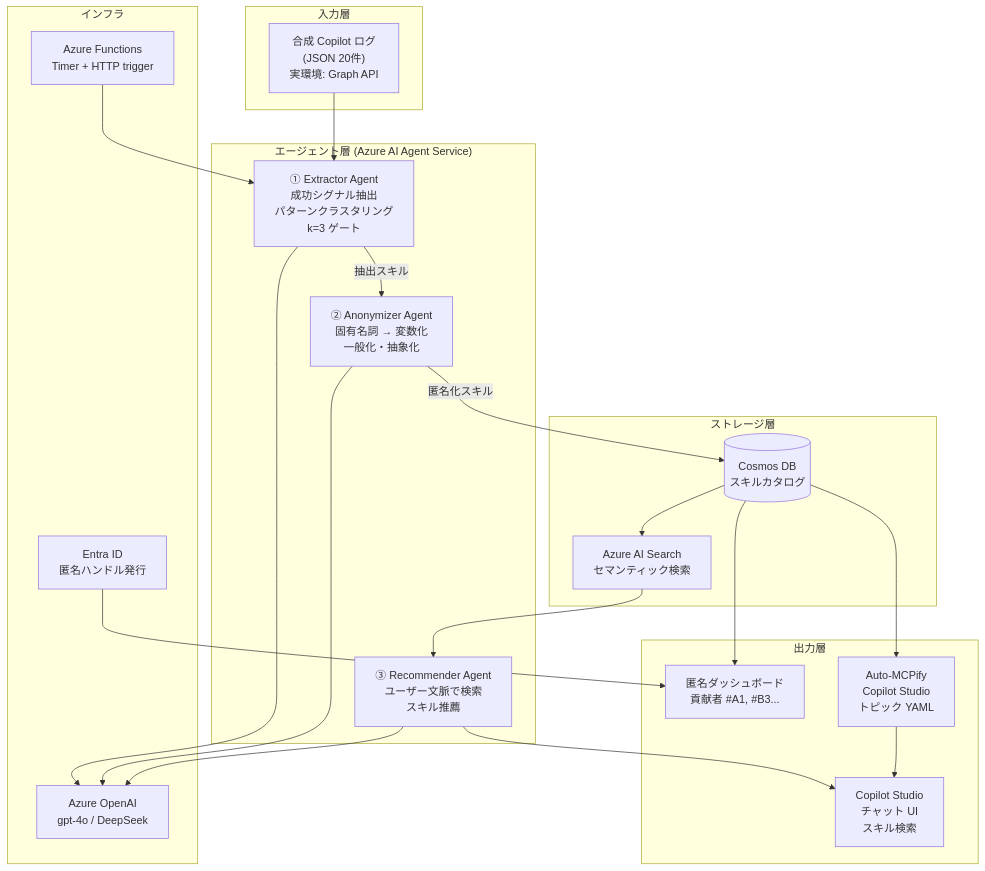
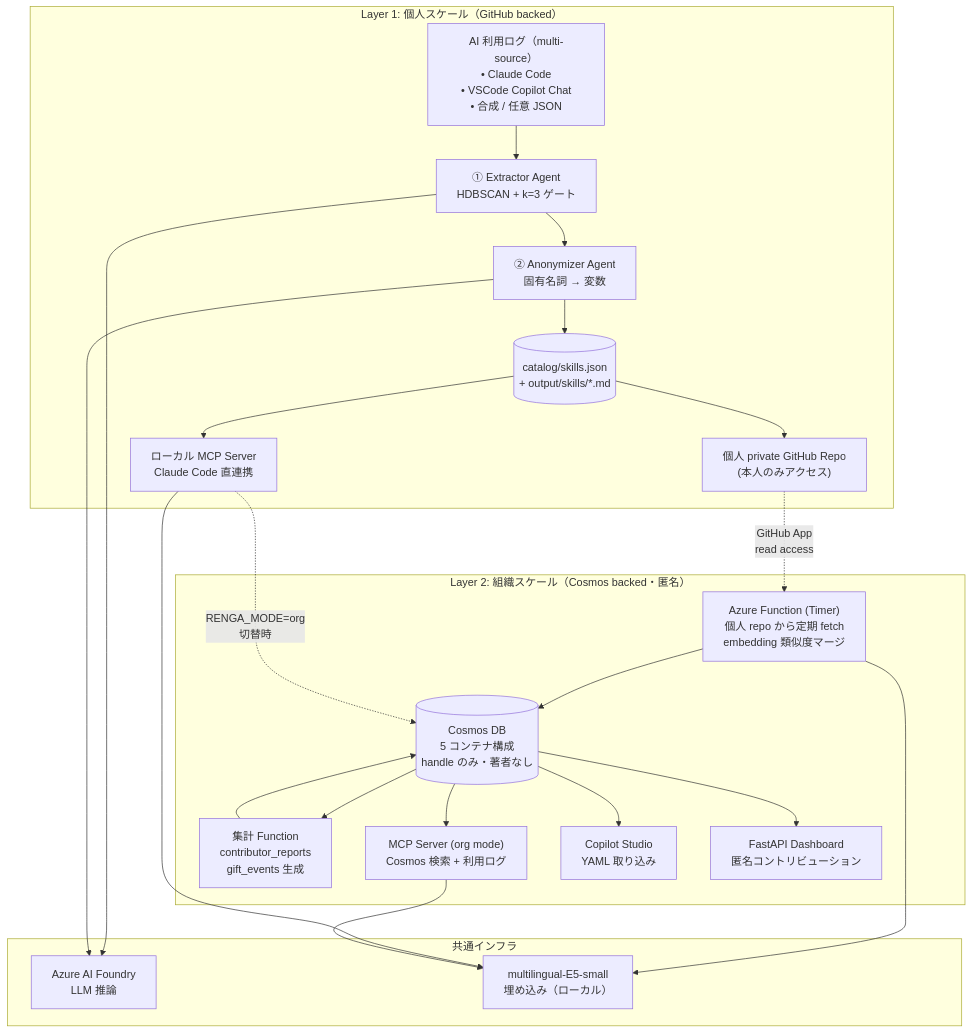
One commit to yuzuponikemi/RENGA changed the first of 3 diagrams in docs/architecture.md. Above: the diagram before and after it, drawn with Mermaid. The commit also changed other lines of this file and 38 other files, not shown here.

First line of the commit message:
skill-hub: complete Layer 1+2 implementation with multi-source ingestion

````diff
--- a/docs/architecture.md
+++ b/docs/architecture.md
@@ -7,42 +12,46 @@
 ```mermaid
 flowchart TD
-    subgraph INPUT["入力層"]
-        LOGS["合成 Copilot ログ\n(JSON 20件)\n実環境: Graph API"]
+    subgraph L1["Layer 1: 個人スケール（GitHub backed）"]
+        LOGS["AI 利用ログ（multi-source）<br/>• Claude Code<br/>• VSCode Copilot Chat<br/>• 合成 / 任意 JSON"]
+        EXT["① Extractor Agent<br/>HDBSCAN + k=3 ゲート"]
+        ANO["② Anonymizer Agent<br/>固有名詞 → 変数"]
+        LOCAL[("catalog/skills.json<br/>+ output/skills/*.md")]
+        GH["個人 private GitHub Repo<br/>(本人のみアクセス)"]
+        LMCP["ローカル MCP Server<br/>Claude Code 直連携"]
+
+        LOGS --> EXT
+        EXT --> ANO
+        ANO --> LOCAL
+        LOCAL --> GH
+        LOCAL --> LMCP
     end
 
-    subgraph AGENTS["エージェント層 (Azure AI Agent Service)"]
-        EXT["① Extractor Agent\n成功シグナル抽出\nパターンクラスタリング\nk=3 ゲート"]
-        ANO["② Anonymizer Agent\n固有名詞 → 変数化\n一般化・抽象化"]
-        REC["③ Recommender Agent\nユーザー文脈で検索\nスキル推薦"]
+    subgraph L2["Layer 2: 組織スケール（Cosmos backed・匿名）"]
+        FUNC["Azure Function (Timer)<br/>個人 repo から定期 fetch<br/>embedding 類似度マージ"]
+        COSMOS[("Cosmos DB<br/>5 コンテナ構成<br/>handle のみ・著者なし")]
+        AGG["集計 Function<br/>contributor_reports<br/>gift_events 生成"]
+        ORGMCP["MCP Server (org mode)<br/>Cosmos 検索 + 利用ログ"]
+        CS["Copilot Studio<br/>YAML 取り込み"]
+        DASH["FastAPI Dashboard<br/>匿名コントリビューション"]
+
+        FUNC --> COSMOS
+        COSMOS --> AGG
+        AGG --> COSMOS
+        COSMOS --> ORGMCP
+        COSMOS --> CS
+        COSMOS --> DASH
     end
 
-    subgraph STORE["ストレージ層"]
-        COSMOS[("Cosmos DB\nスキルカタログ")]
-        SEARCH["Azure AI Search\nセマンティック検索"]
+    subgraph INFRA["共通インフラ"]
+        FOUNDRY["Azure AI Foundry<br/>LLM 推論"]
+        E5["multilingual-E5-small<br/>埋め込み（ローカル）"]
     end
 
-    subgraph OUTPUT["出力層"]
-        CS["Copilot Studio\nチャット UI\nスキル検索"]
-        DASH["匿名ダッシュボード\n貢献者 #A1, #B3..."]
-        YAML["Auto-MCPify\nCopilot Studio\nトピック YAML"]
-    end
+    GH -.->|"GitHub App<br/>read access"| FUNC
+    EXT & ANO --> FOUNDRY
+    FUNC --> E5
+    LMCP --> E5
+    ORGMCP --> E5
 
-    subgraph INFRA["インフラ"]
-        FUNC["Azure Functions\nTimer + HTTP trigger"]
-        AOI["Azure OpenAI\ngpt-4o / DeepSeek"]
-        ENT["Entra ID\n匿名ハンドル発行"]
-    end
-
-    LOGS --> EXT
-    EXT -->|"抽出スキル"| ANO
-    ANO -->|"匿名化スキル"| COSMOS
-    COSMOS --> SEARCH
-    SEARCH --> REC
-    REC --> CS
-    COSMOS --> DASH
-    COSMOS --> YAML
-    YAML --> CS
-    EXT & ANO & REC --> AOI
-    FUNC --> EXT
-    ENT --> DASH
+    LMCP -.->|"RENGA_MODE=org<br/>切替時"| COSMOS
 ```
````
